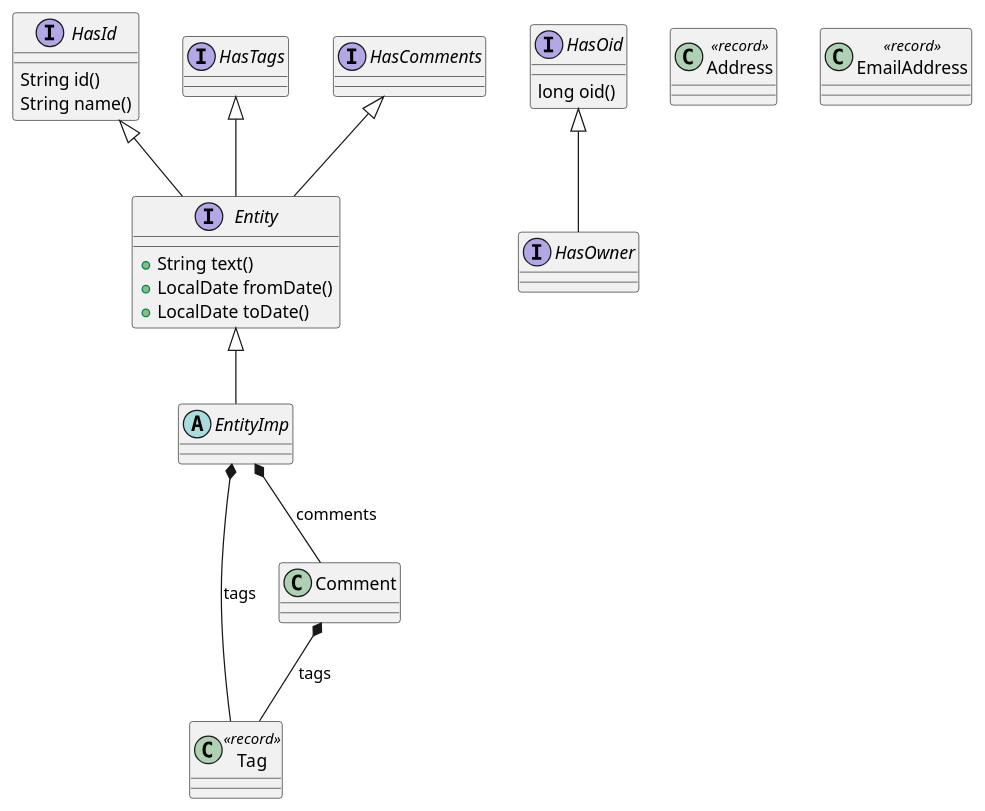
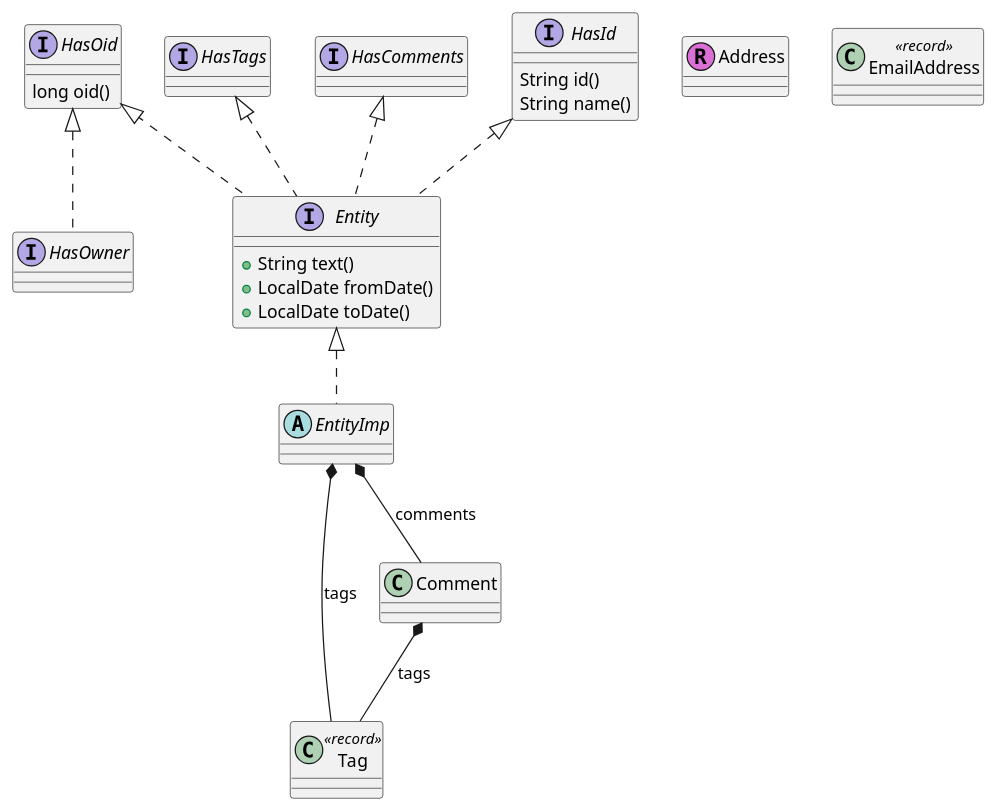
Before and after one commit to tangly-team/tangly-os: the second of 5 diagrams in net.tangly.bus/src/site/businessModels.adoc, drawn with PlantUML. The commit also changed other lines of this file and 23 other files, not shown here.

```diff
--- a/net.tangly.bus/src/site/businessModels.adoc
+++ b/net.tangly.bus/src/site/businessModels.adoc
@@ -47,50 +65,51 @@
 [plantuml,bus-core-uml,svg]
 ....
 @startuml
 
 interface HasId {
     String id()
     String name()
 }
 
 interface HasOid {
     long oid()
 }
 
 interface HasTags {}
 
 interface HasComments {}
 
 interface HasOwner {}
 
-HasOid <|-- HasOwner
+HasOid <|.. HasOwner
 
 interface Entity {
     + String text()
     + LocalDate fromDate()
     + LocalDate toDate()
 }
 
-HasId <|-- Entity
-HasTags <|-- Entity
-HasComments <|-- Entity
+HasOid <|.. Entity
+HasId <|.. Entity
+HasTags <|.. Entity
+HasComments <|.. Entity
 
 abstract class EntityImp {}
 
 EntityImp *-- Tag : tags
 EntityImp *-- Comment : comments
 
-Entity <|-- EntityImp
+Entity <|.. EntityImp
 
-class Address <<record>>
+class Address << (R,orchid) >>
 
 class Tag <<record>>
 
 class Comment {}
 
 Comment *-- Tag : tags
 
 class EmailAddress <<record>>
 
 @enduml
 ....
```
